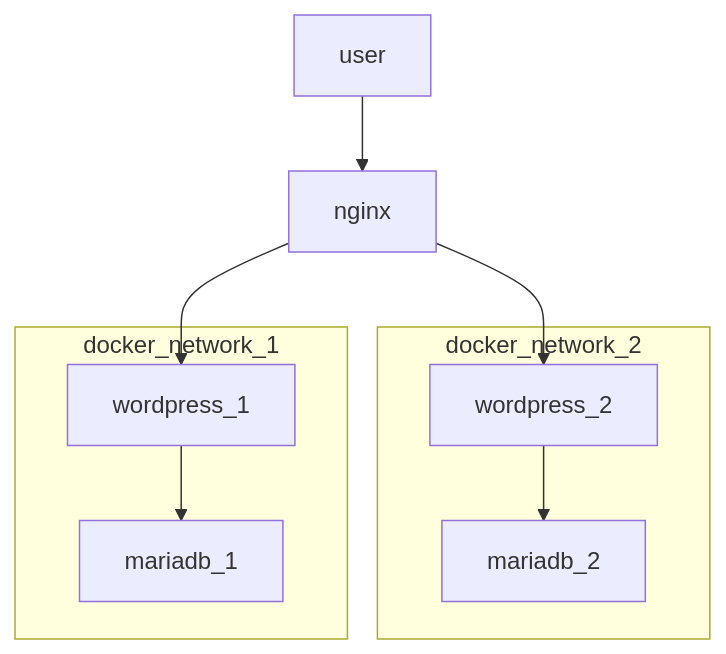
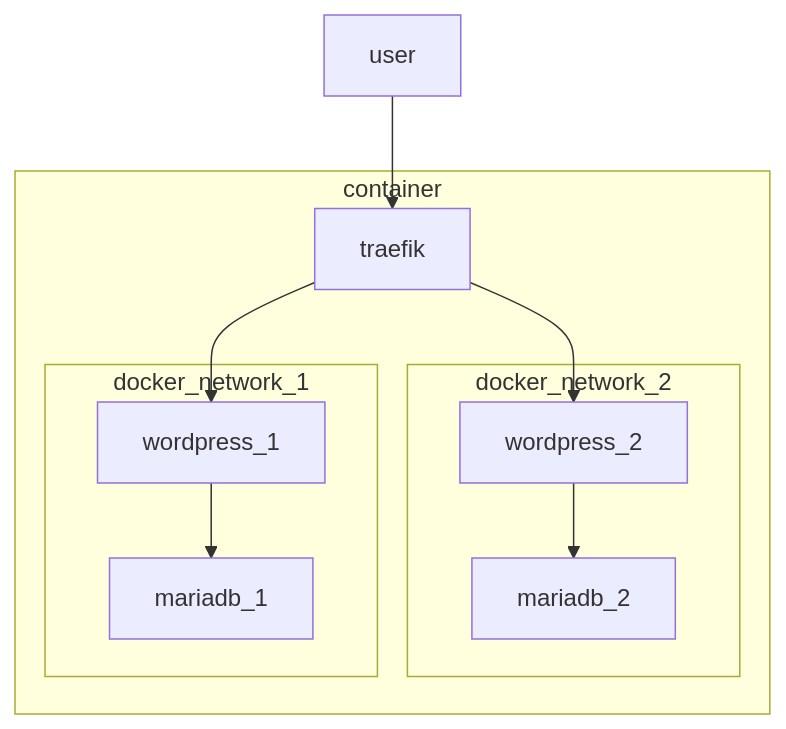
One commit to Floraud/wordpress-docker changed the diagram in README.md. Above: the diagram before and after it, drawn with Mermaid. The commit also changed other lines of this file and 2 other files, not shown here.

Commit message:
feat: build multiple sites behind traefic

````diff
--- a/README.md
+++ b/README.md
@@ -15,18 +12,21 @@
 ```mermaid
 graph TD;
 
 linkStyle default interpolate basis;
 
-user-->nginx;
-nginx-->wordpress_1;
-nginx-->wordpress_2;
+user-->traefik;
 
-subgraph docker_network_2
-    wordpress_2-->mariadb_2;
-end
+subgraph container
+	traefik-->wordpress_1;
+	traefik-->wordpress_2;
 
-subgraph docker_network_1
-    wordpress_1-->mariadb_1;
+	subgraph docker_network_2
+		wordpress_2-->mariadb_2;
+	end
+
+	subgraph docker_network_1
+		wordpress_1-->mariadb_1;
+	end
 end
     
 ```
````
